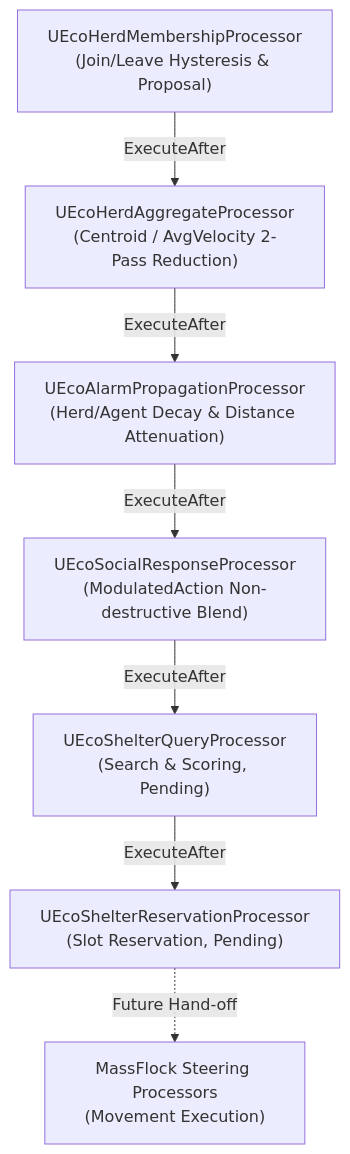
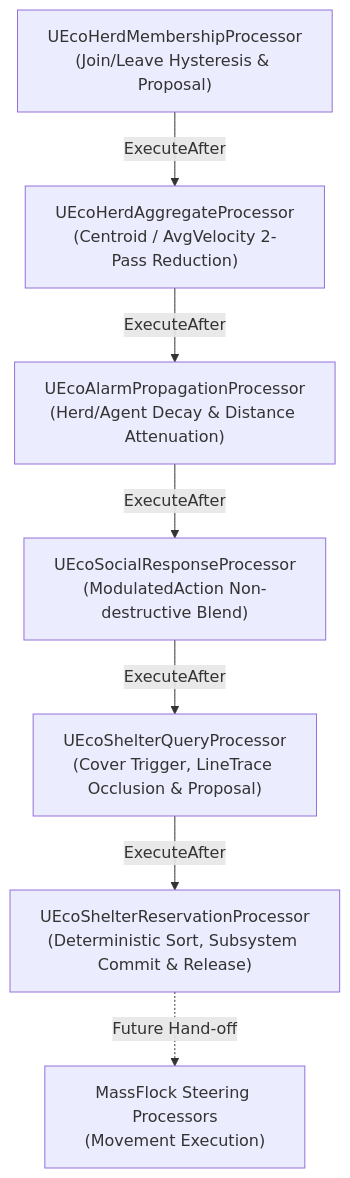
The diagram in AdaptiveEcosystem/Docs/조연우/SOCIAL_BEHAVIOR_RUNTIME_CURRENT_STATE.md (dpqksr5501/AdaptiveEcosystem), drawn with Mermaid before and after one commit. The commit also changed other lines of this file and 9 other files, not shown here.

Commit message:
feat: implement Shelter / Cover Runtime MVP with deterministic reconciliation and debug test harness

````diff
--- a/AdaptiveEcosystem/Docs/조연우/SOCIAL_BEHAVIOR_RUNTIME_CURRENT_STATE.md
+++ b/AdaptiveEcosystem/Docs/조연우/SOCIAL_BEHAVIOR_RUNTIME_CURRENT_STATE.md
@@ -77,9 +80,9 @@
 ```mermaid
 graph TD
     A["UEcoHerdMembershipProcessor<br/>(Join/Leave Hysteresis & Proposal)"] -->|ExecuteAfter| B["UEcoHerdAggregateProcessor<br/>(Centroid / AvgVelocity 2-Pass Reduction)"]
     B -->|ExecuteAfter| C["UEcoAlarmPropagationProcessor<br/>(Herd/Agent Decay & Distance Attenuation)"]
     C -->|ExecuteAfter| D["UEcoSocialResponseProcessor<br/>(ModulatedAction Non-destructive Blend)"]
-    D -->|ExecuteAfter| E["UEcoShelterQueryProcessor<br/>(Search & Scoring, Pending)"]
-    E -->|ExecuteAfter| F["UEcoShelterReservationProcessor<br/>(Slot Reservation, Pending)"]
+    D -->|ExecuteAfter| E["UEcoShelterQueryProcessor<br/>(Cover Trigger, LineTrace Occlusion & Proposal)"]
+    E -->|ExecuteAfter| F["UEcoShelterReservationProcessor<br/>(Deterministic Sort, Subsystem Commit & Release)"]
     F -.->|Future Hand-off| G["MassFlock Steering Processors<br/>(Movement Execution)"]
 ```
````
